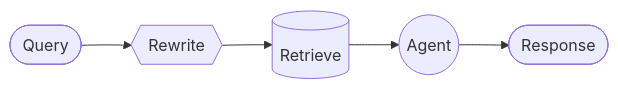
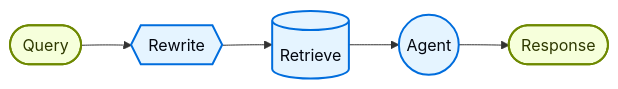
The second of 2 diagrams in vault/packages/langchain/latest/contents/langchain/multi-agent/custom-workflow.mdx (olorehq/olore), drawn with Mermaid before and after one commit. The commit also changed other lines of this file and 14210 other files, not shown here.

````diff
--- a/vault/packages/langchain/latest/contents/langchain/multi-agent/custom-workflow.mdx
+++ b/vault/packages/langchain/latest/contents/langchain/multi-agent/custom-workflow.mdx
@@ -109,7 +119,13 @@
 ```mermaid
 graph LR
     A([Query]) --> B{{Rewrite}}
     B --> C[(Retrieve)]
     C --> D((Agent))
     D --> E([Response])
+
+    classDef trigger fill:#F6FFDB,stroke:#6E8900,stroke-width:2px,color:#2E3900
+    classDef process fill:#E5F4FF,stroke:#006DDD,stroke-width:2px,color:#030710
+
+    class A,E trigger
+    class B,C,D process
 ```
````
